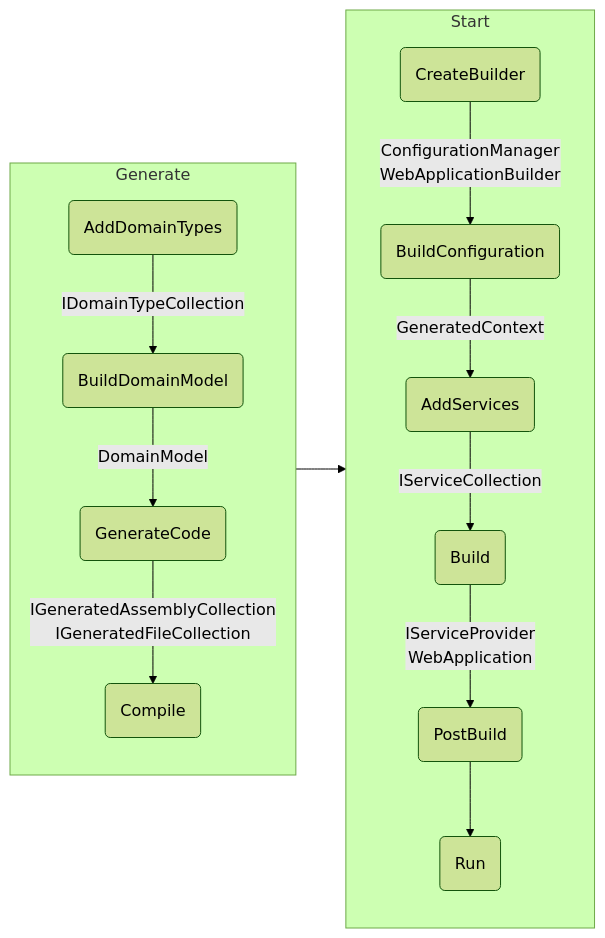
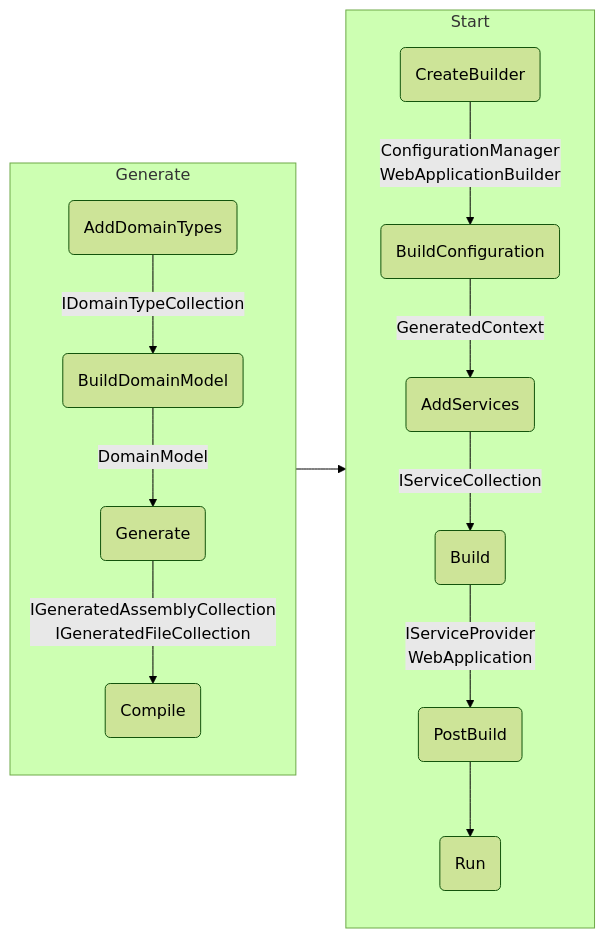
Before and after one commit to dncsvr/baked: the diagram in docs/recipes/data-source.md, drawn with Mermaid (forest theme). The commit also changed 6 other files, not shown here.

Commit message:
fix generate code phase renaming in docs

````diff
--- a/docs/recipes/data-source.md
+++ b/docs/recipes/data-source.md
@@ -77,31 +77,30 @@
 ```mermaid
 flowchart LR;
+  subgraph Generate
+    AD(AddDomainTypes)
+    BD(BuildDomainModel)
+    G(Generate)
+    C(Compile)
 
-    subgraph Generate
-      AD(AddDomainTypes)
-      BD(BuildDomainModel)
-      GC(GenerateCode)
-      C(Compile)
+    AD -->|IDomainTypeCollection| BD
+    BD -->|DomainModel| G
+    G -->|IGeneratedAssemblyCollection<br/>IGeneratedFileCollection| C
+  end
 
-      AD -->|IDomainTypeCollection| BD
-      BD -->|DomainModel| GC
-      GC -->|IGeneratedAssemblyCollection<br/>IGeneratedFileCollection| C
-    end
+  subgraph Start
+    CB(CreateBuilder)
+    BC(BuildConfiguration)
+    AS(AddServices)
+    B(Build)
+    PB(PostBuild)
+    R(Run)
 
-    subgraph Start
-      CB(CreateBuilder)
-      BC(BuildConfiguration)
-      AS(AddServices)
-      B(Build)
-      PB(PostBuild)
-      R(Run)
+    CB -->|ConfigurationManager<br/>WebApplicationBuilder| BC
+    BC -->|GeneratedContext| AS
+    AS -->|IServiceCollection| B
+    B -->|IServiceProvider<br/>WebApplication|PB
+    PB --> R
+  end
 
-      CB -->|ConfigurationManager<br/>WebApplicationBuilder| BC
-      BC -->|GeneratedContext| AS
-      AS -->|IServiceCollection| B
-      B -->|IServiceProvider<br/>WebApplication|PB
-      PB --> R
-    end
-
-    Generate --> Start
+  Generate --> Start
 ```
````
